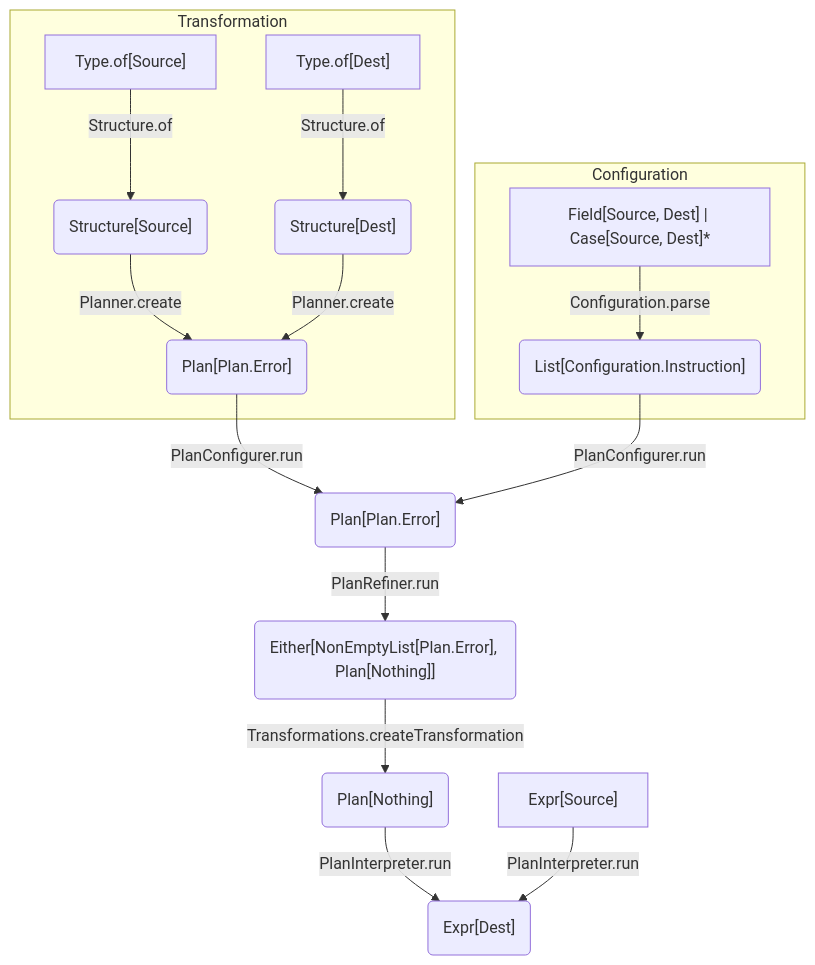
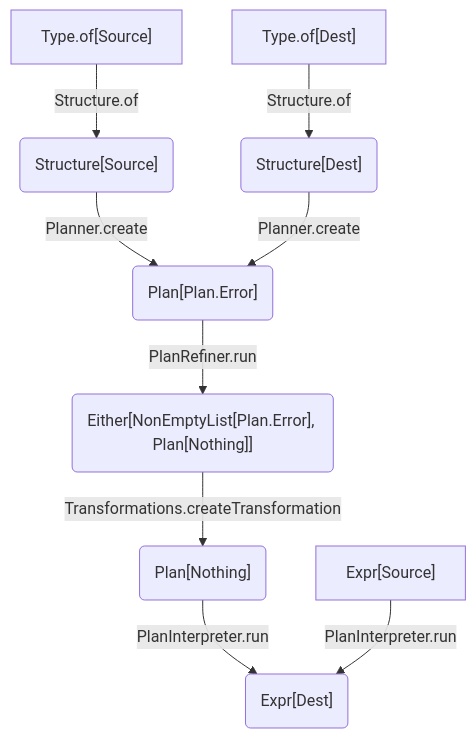
The first of 4 diagrams in docs/blogpost.md (arainko/ducktape), drawn with Mermaid before and after one commit. The commit also changed other lines of this file, not shown here.

```diff
--- a/docs/blogpost.md
+++ b/docs/blogpost.md
@@ -120,26 +121,12 @@
 <pre class="mermaid">
   flowchart TD
     Input1["Type.of[Source]"] -->|Structure.of| SourceStruct("Structure[Source]") 
     Input2["Type.of[Dest]"] -->|Structure.of| DestStruct("Structure[Dest]")
     InputExpr["Expr[Source]"]
     SourceStruct -->|Planner.create| InitialPlan("Plan[Plan.Error]")
     DestStruct -->|Planner.create| InitialPlan
-    InputConfig["Field[Source, Dest] | Case[Source, Dest]*"] -->|Configuration.parse| Instructions("List[Configuration.Instruction]")
-    InitialPlan -->|PlanConfigurer.run| ConfiguredPlan("Plan[Plan.Error]")
-    Instructions -->|PlanConfigurer.run| ConfiguredPlan
-    ConfiguredPlan -->|PlanRefiner.run| RefinedPlan("Either[NonEmptyList[Plan.Error], Plan[Nothing]]")
+    InitialPlan -->|PlanRefiner.run| RefinedPlan("Either[NonEmptyList[Plan.Error], Plan[Nothing]]")
     RefinedPlan -->|Transformations.createTransformation| NonErroneousPlan("Plan[Nothing]")
     NonErroneousPlan -->|PlanInterpreter.run| ExpressionOfDest("Expr[Dest]")
     InputExpr -->|PlanInterpreter.run| ExpressionOfDest
-  subgraph Transformation
-    Input1
-    Input2
-    SourceStruct
-    DestStruct
-    InitialPlan
-  end
-  subgraph Configuration
-    InputConfig
-    Instructions
-  end
 </pre>
```
